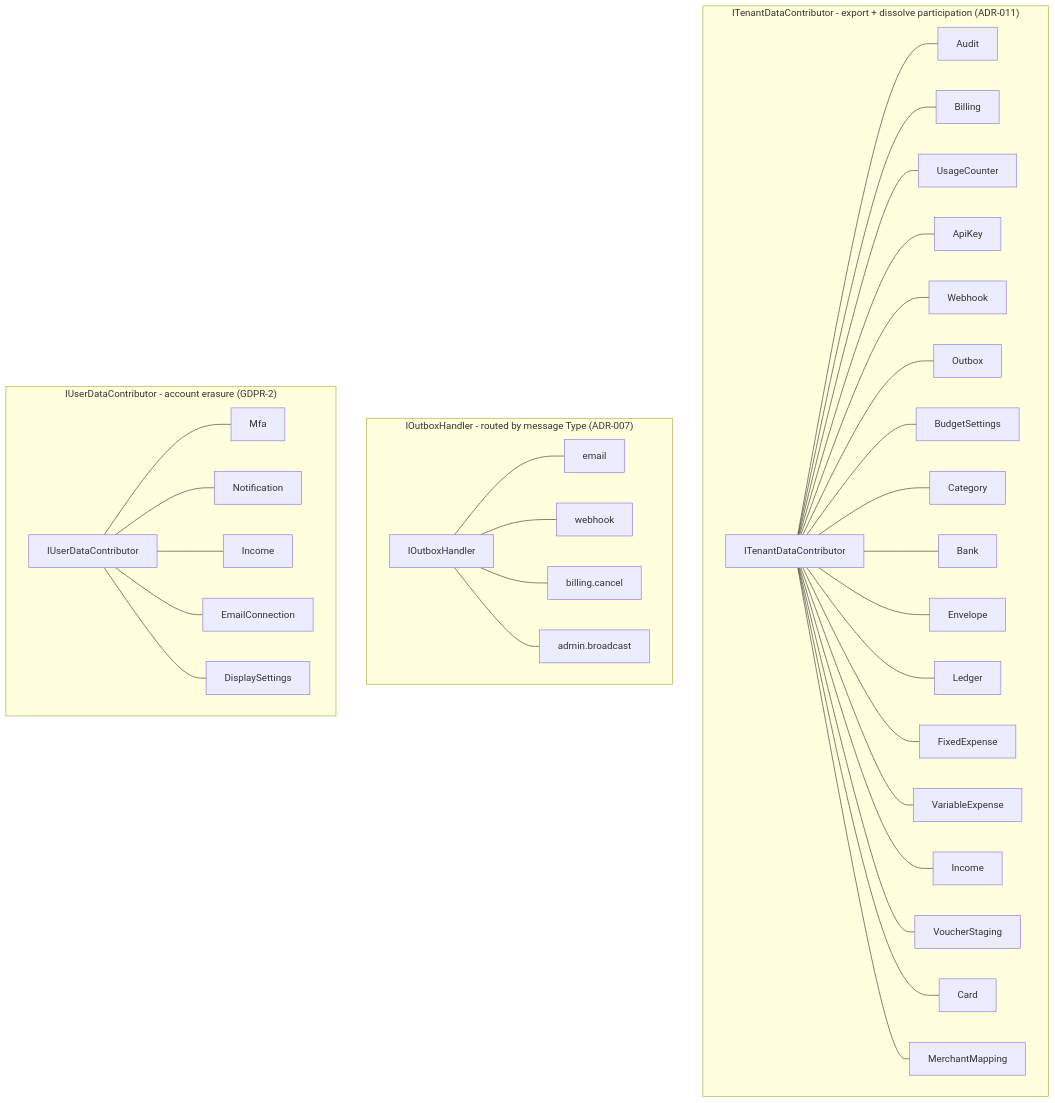
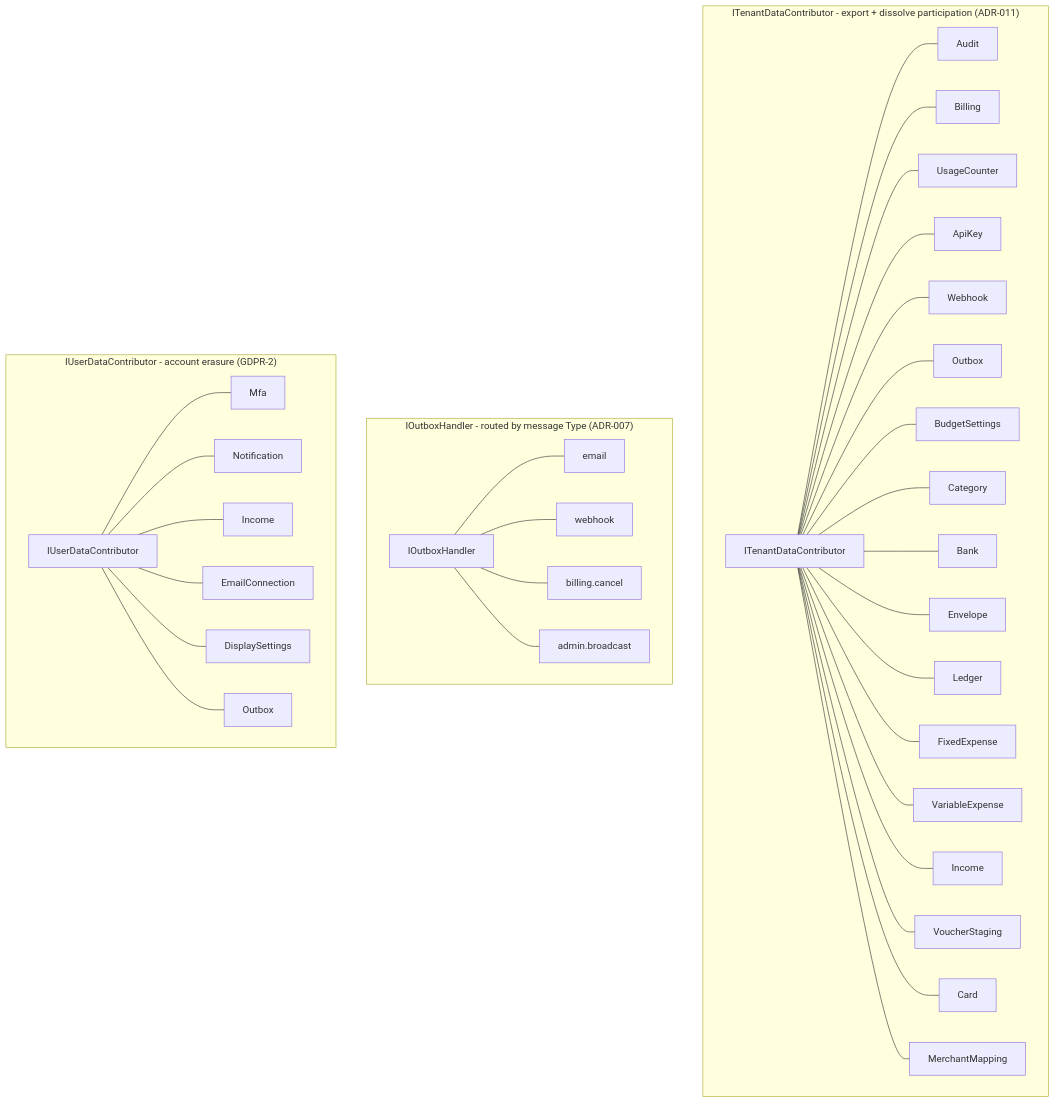
Before and after one commit to argamboad/vuelto: the second of 8 diagrams in docs/ARCHITECTURE.md, drawn with Mermaid. The commit also changed other lines of this file and 20 other files, not shown here.

````diff
--- a/docs/ARCHITECTURE.md
+++ b/docs/ARCHITECTURE.md
@@ -75,17 +75,17 @@
 ```mermaid
 flowchart TB
     subgraph contributors ["ITenantDataContributor - export + dissolve participation (ADR-011)"]
         TDC["ITenantDataContributor"]
         TDC --- C1["Audit"] & C2["Billing"] & C3["UsageCounter"] & C4["ApiKey"] & C5["Webhook"] & C6["Outbox"]
         TDC --- C7["BudgetSettings"] & C8["Category"] & C9["Bank"] & C10["Envelope"] & C11["Ledger"] & C12["FixedExpense"]
         TDC --- C13["VariableExpense"] & C14["Income"] & C15["VoucherStaging"] & C16["Card"] & C17["MerchantMapping"]
     end
     subgraph handlers ["IOutboxHandler - routed by message Type (ADR-007)"]
         OH["IOutboxHandler"]
         OH --- H1["email"] & H2["webhook"] & H3["billing.cancel"] & H4["admin.broadcast"]
     end
     subgraph userdata ["IUserDataContributor - account erasure (GDPR-2)"]
         UDC["IUserDataContributor"]
-        UDC --- U1["Mfa"] & U2["Notification"] & U3["Income"] & U4["EmailConnection"] & U5["DisplaySettings"]
+        UDC --- U1["Mfa"] & U2["Notification"] & U3["Income"] & U4["EmailConnection"] & U5["DisplaySettings"] & U6["Outbox"]
     end
 ```
````
